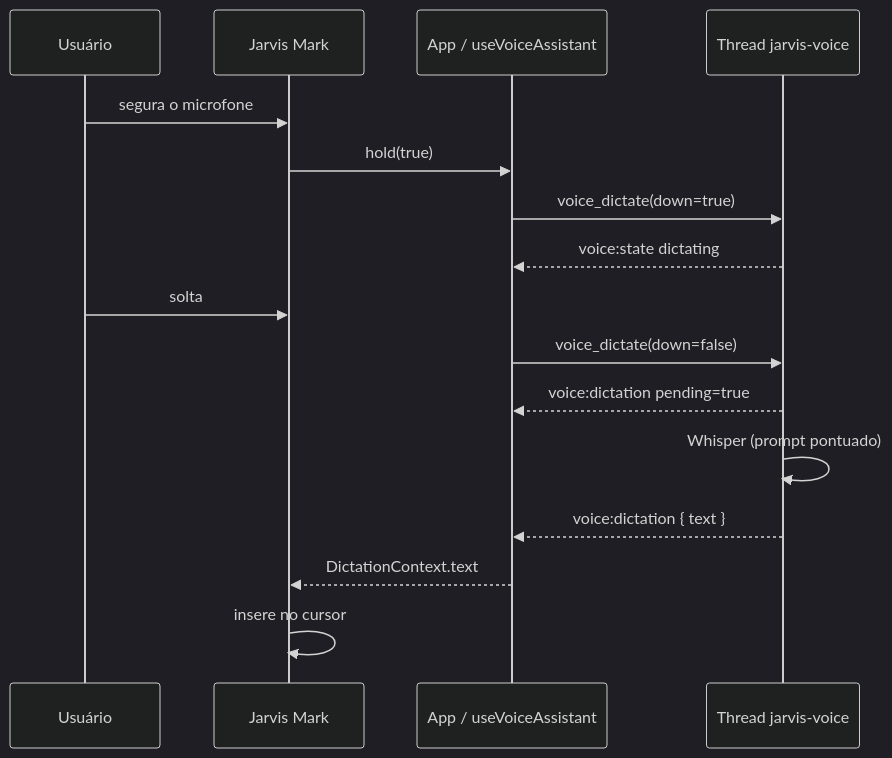
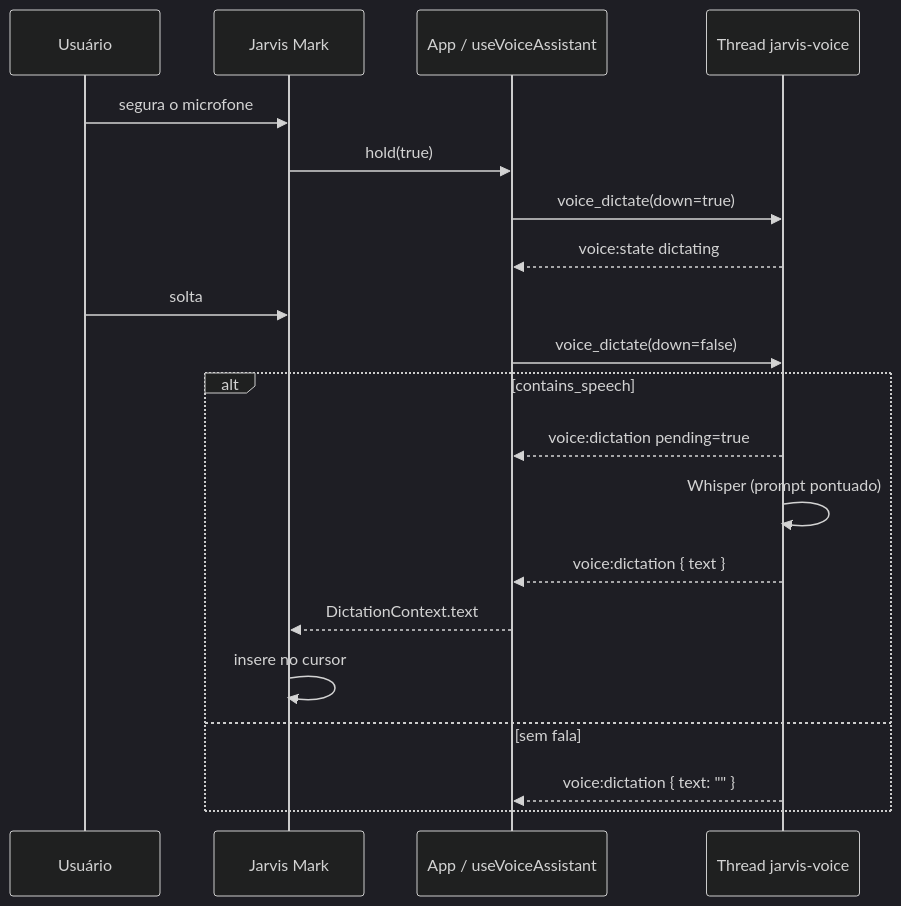
The diagram in .specs/features/dictation/spec.md (felipeAguiarCode/jvOS), drawn with Mermaid (dark theme) before and after one commit. The commit also changed other lines of this file and 90 other files, not shown here.

````diff
--- a/.specs/features/dictation/spec.md
+++ b/.specs/features/dictation/spec.md
@@ -176,18 +270,22 @@
 ```mermaid
 sequenceDiagram
   participant U as Usuário
   participant E as Jarvis Mark
   participant A as App / useVoiceAssistant
   participant R as Thread jarvis-voice
   U->>E: segura o microfone
   E->>A: hold(true)
   A->>R: voice_dictate(down=true)
   R-->>A: voice:state dictating
   U->>E: solta
   A->>R: voice_dictate(down=false)
-  R-->>A: voice:dictation pending=true
-  R->>R: Whisper (prompt pontuado)
-  R-->>A: voice:dictation { text }
-  A-->>E: DictationContext.text
-  E->>E: insere no cursor
+  alt contains_speech
+    R-->>A: voice:dictation pending=true
+    R->>R: Whisper (prompt pontuado)
+    R-->>A: voice:dictation { text }
+    A-->>E: DictationContext.text
+    E->>E: insere no cursor
+  else sem fala
+    R-->>A: voice:dictation { text: "" }
+  end
 ```
````
